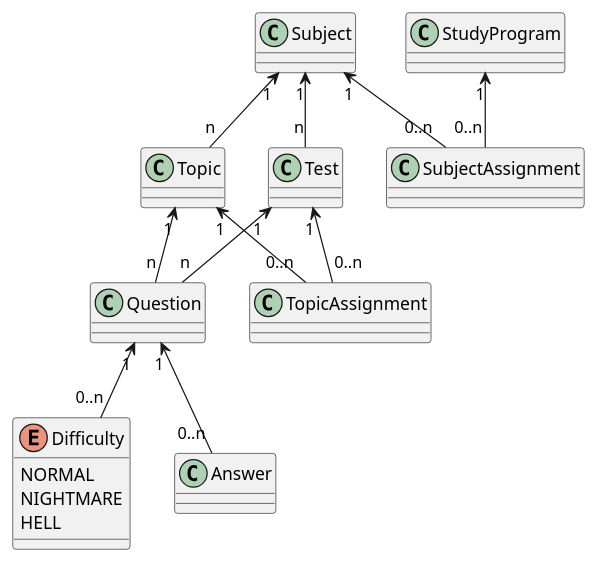
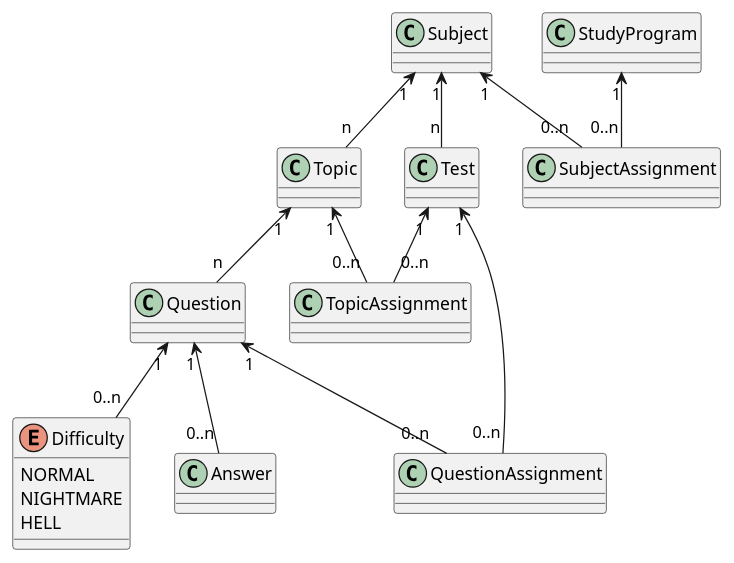
The diagram in README.md (Inza/ror-plantation-v2), drawn with PlantUML before and after one commit.

Commit message:
Replace 1:N association between Test and Question by M:N in UML in README

````diff
--- a/README.md
+++ b/README.md
@@ -22,23 +22,25 @@
 ```plantuml
 @startuml
 enum Difficulty {
   NORMAL
   NIGHTMARE
   HELL
 }
 
 Subject "1" <-- "n" Topic
 Subject "1" <-- "n" Test
 
 Topic "1" <-- "0..n" TopicAssignment
 Test "1" <-- "0..n" TopicAssignment
 
-Test "1" <-- "n" Question
+Question "1" <-- "0..n" QuestionAssignment
+Test "1" <-- "0..n" QuestionAssignment
+
 Topic "1" <-- "n" Question
 Question "1" <-- "0..n" Answer
 Question "1" <-- "0..n" Difficulty
 
 StudyProgram "1" <-- "0..n" SubjectAssignment
 Subject "1" <-- "0..n" SubjectAssignment
 @enduml
 ```
````
